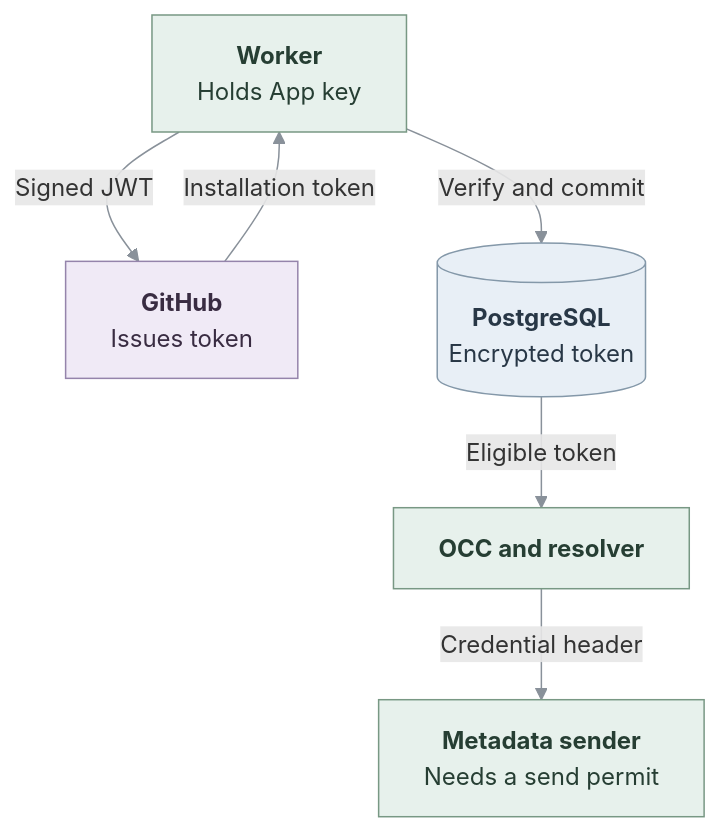
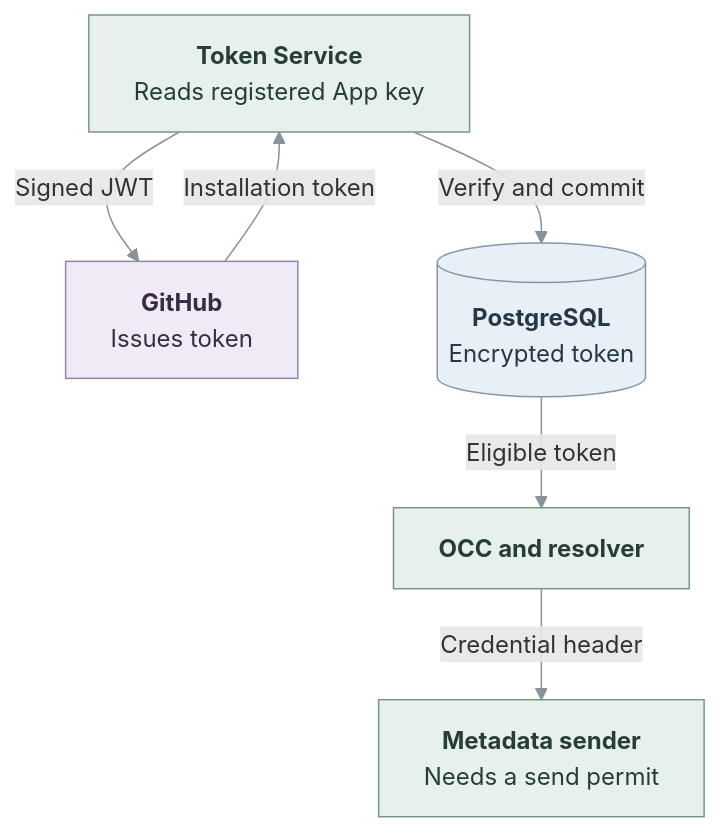
The second of 2 diagrams in docs/flows/credential-source-refresh.md (openclaw/openclaw-enterprise), drawn with Mermaid before and after one commit. The commit also changed other lines of this file and 20 other files, not shown here.

Commit message:
Register scoped GitHub credentials and resolve them for authorized proxy requests

````diff
--- a/docs/flows/credential-source-refresh.md
+++ b/docs/flows/credential-source-refresh.md
@@ -243,15 +243,15 @@
 ```mermaid
 graph TD
-  W["<b>Worker</b><br/>Holds App key"] -->|Signed JWT| G["<b>GitHub</b><br/>Issues token"]
+  W["<b>Token Service</b><br/>Reads registered App key"] -->|Signed JWT| G["<b>GitHub</b><br/>Issues token"]
   G -->|Installation token| W
   W -->|Verify and commit| P[("<b>PostgreSQL</b><br/>Encrypted token")]
   P -->|Eligible token| R["<b>OCC and resolver</b>"]
   R -->|Credential header| S["<b>Metadata sender</b><br/>Needs a send permit"]
   classDef owner fill:#e7f1ec,stroke:#789884,color:#263e33
   classDef issuer fill:#f0eaf6,stroke:#9584ab,color:#392c42
   classDef stored fill:#e8eff6,stroke:#8498a9,color:#283746
   class W,R,S owner
   class G issuer
   class P stored
   linkStyle default stroke:#89919a
 ```
````
